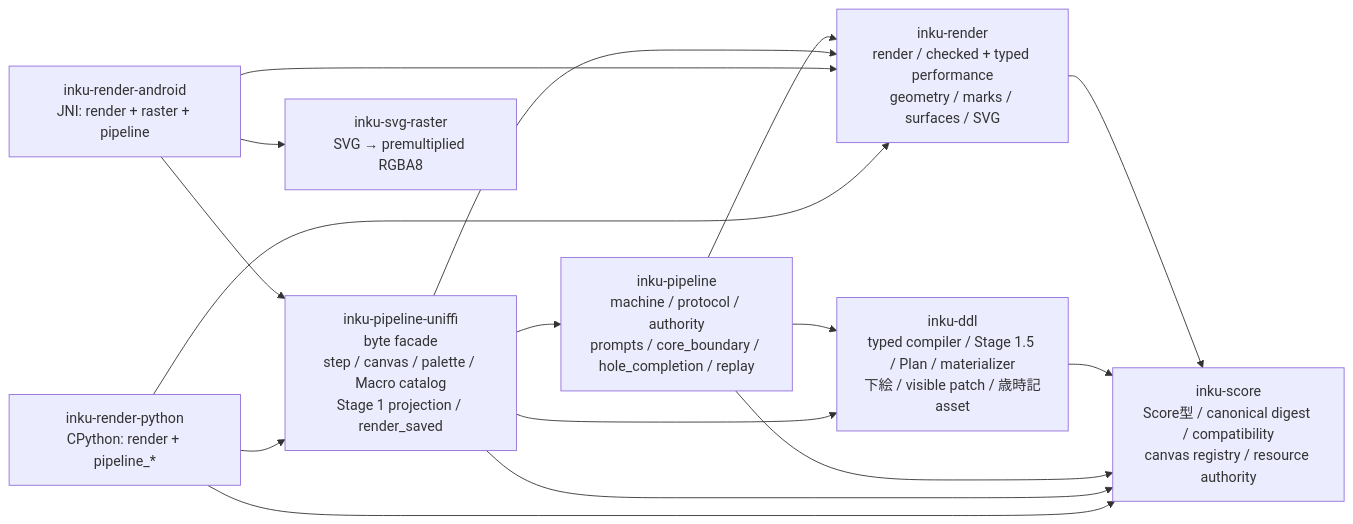
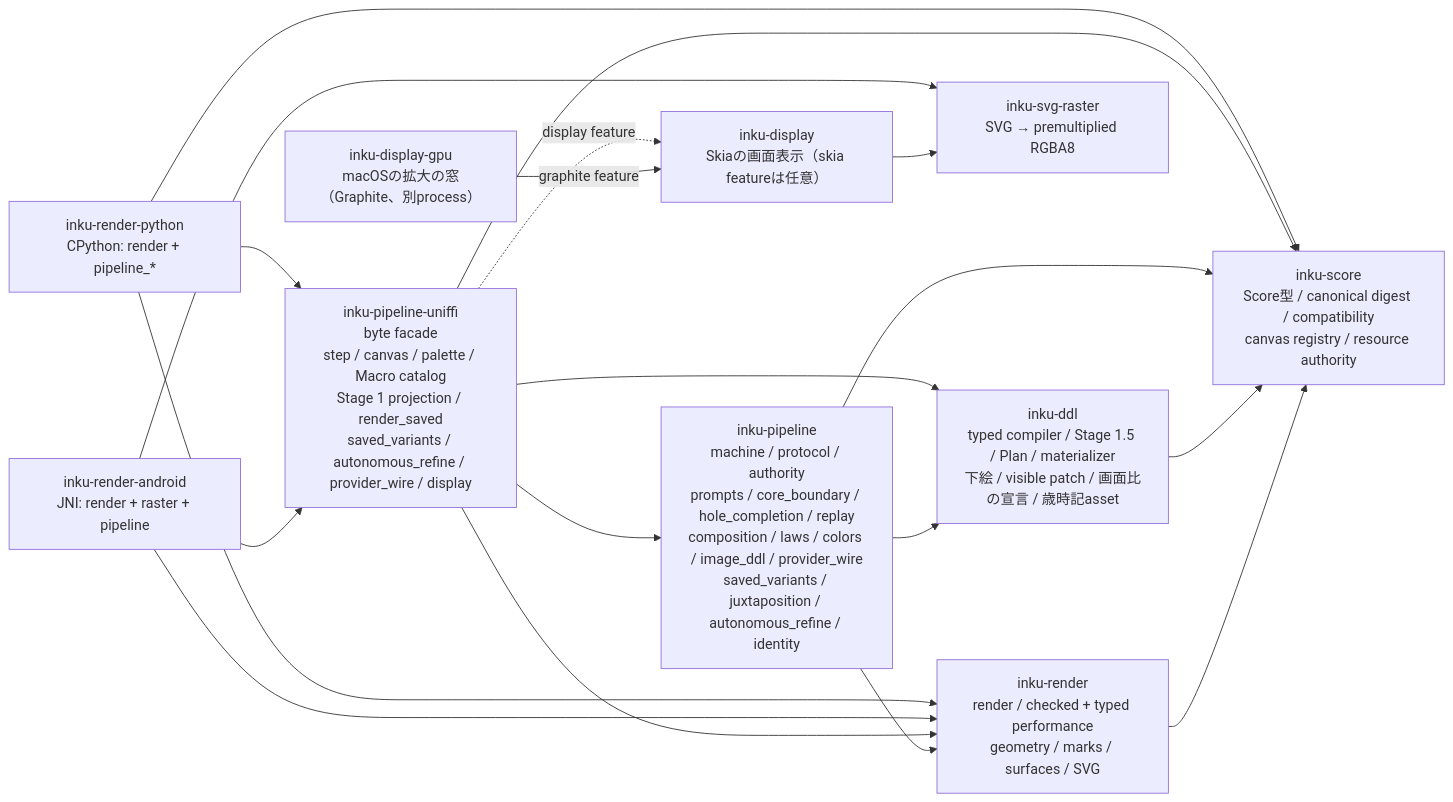
Before and after one commit to oikawas/inku-lang: the fourth of 5 diagrams in docs/architecture/server-components.ja.md, drawn with Mermaid. The commit also changed other lines of this file and 27 other files, not shown here.

First line of the commit message:
Bring the architecture documents up to the current core

````diff
--- a/docs/architecture/server-components.ja.md
+++ b/docs/architecture/server-components.ja.md
@@ -138,27 +151,32 @@
 ```mermaid
 flowchart LR
     PYBIND["inku-render-python\nCPython: render + pipeline_*"]
     JNI["inku-render-android\nJNI: render + raster + pipeline"]
-    UNIFFI["inku-pipeline-uniffi\nbyte facade\nstep / canvas / palette / Macro catalog\nStage 1 projection / render_saved"]
-    PIPE["inku-pipeline\nmachine / protocol / authority\nprompts / core_boundary / hole_completion / replay"]
-    DDL["inku-ddl\ntyped compiler / Stage 1.5 / Plan / materializer\n下絵 / visible patch / 歳時記asset"]
+    UNIFFI["inku-pipeline-uniffi\nbyte facade\nstep / canvas / palette / Macro catalog\nStage 1 projection / render_saved\nsaved_variants / autonomous_refine / provider_wire / display"]
+    PIPE["inku-pipeline\nmachine / protocol / authority\nprompts / core_boundary / hole_completion / replay\ncomposition / laws / colors / image_ddl / provider_wire\nsaved_variants / juxtaposition / autonomous_refine / identity"]
+    DDL["inku-ddl\ntyped compiler / Stage 1.5 / Plan / materializer\n下絵 / visible patch / 画面比の宣言 / 歳時記asset"]
+    DISPLAY["inku-display\nSkiaの画面表示（skia featureは任意）"]
+    DISPLAY_GPU["inku-display-gpu\nmacOSの拡大の窓（Graphite、別process）"]
     SCORE["inku-score\nScore型 / canonical digest / compatibility\ncanvas registry / resource authority"]
     RENDER["inku-render\nrender / checked + typed performance\ngeometry / marks / surfaces / SVG"]
     RASTER["inku-svg-raster\nSVG → premultiplied RGBA8"]
 
     PYBIND --> UNIFFI
     PYBIND --> RENDER
     PYBIND --> SCORE
     JNI --> UNIFFI
     JNI --> RENDER
     JNI --> RASTER
     UNIFFI --> PIPE
     UNIFFI --> DDL
     UNIFFI --> SCORE
     UNIFFI --> RENDER
     PIPE --> DDL
     PIPE --> RENDER
     PIPE --> SCORE
     DDL --> SCORE
     RENDER --> SCORE
+    UNIFFI -.->|"display feature"| DISPLAY
+    DISPLAY --> RASTER
+    DISPLAY_GPU -->|"graphite feature"| DISPLAY
 ```
````
